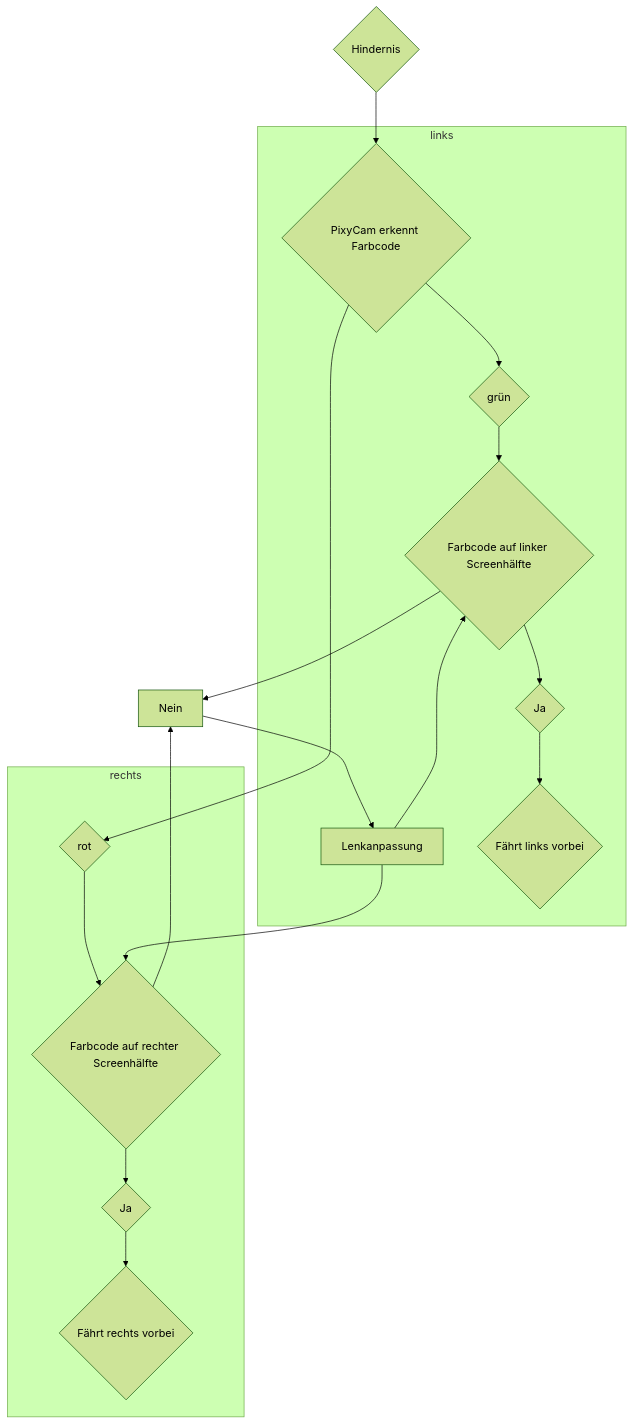
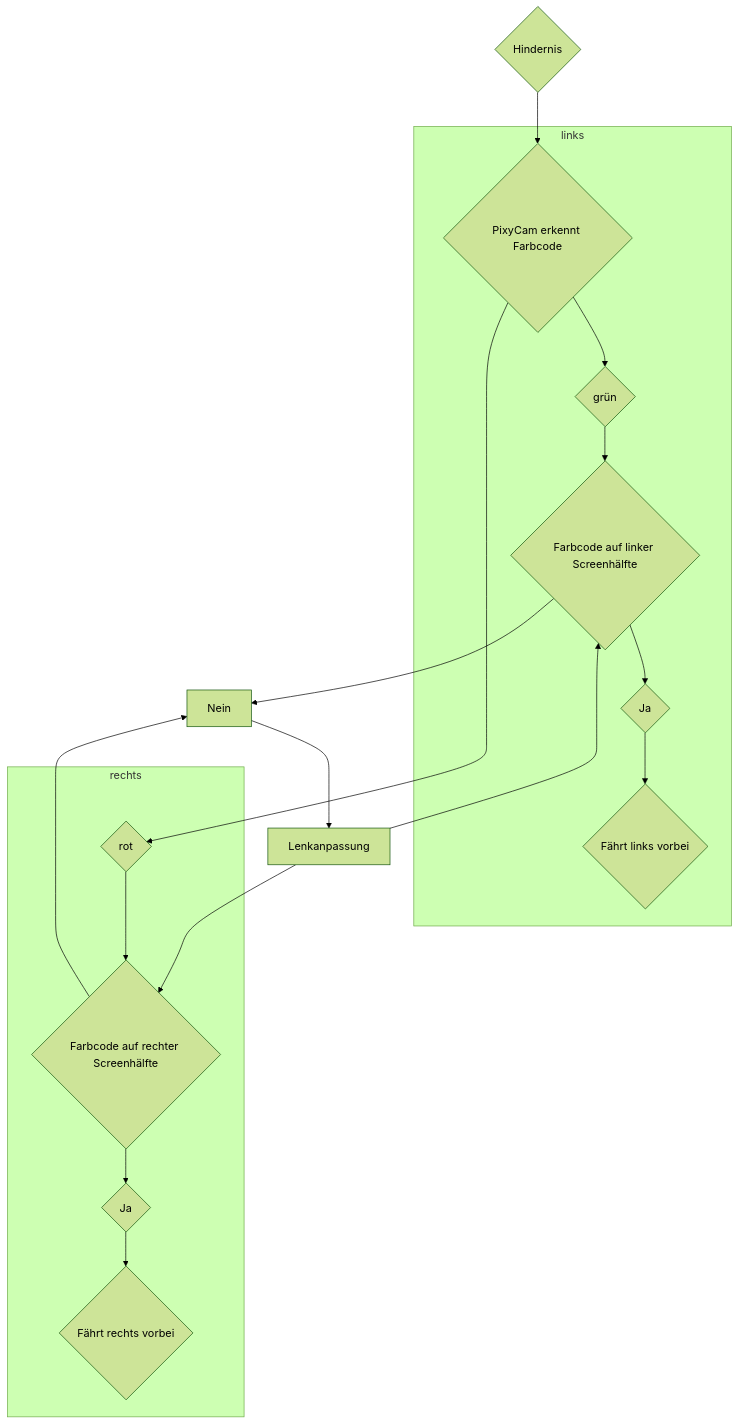
The diagram in Programme/Hindernisrennen/README.md (SchroedingersBit/PfortGTPanama), drawn with Mermaid (forest theme) before and after one commit.

````diff
--- a/Programme/Hindernisrennen/README.md
+++ b/Programme/Hindernisrennen/README.md
@@ -4,23 +4,24 @@
 ```mermaid
 graph TB;
 A{Hindernis} -->B{PixyCam erkennt Farbcode};
 C1 --> Nein;
 Nein --> Lenkanpassung;
 C2 --> Nein; 
-
+Lenkanpassung-->C1;
+Lenkanpassung -->C2;
 subgraph links
 B-->E{grün}-->C1{Farbcode auf linker Screenhälfte};
 
-Lenkanpassung-->C1;
+
 C1-->J1{Ja};
 J1-->R{Fährt links vorbei};
 end
 
 subgraph rechts
 B-->C{rot}-->C2{Farbcode auf rechter Screenhälfte};
 
-Lenkanpassung -->C2;
+
 C2-->J2{Ja};
 J2-->L{Fährt rechts vorbei};
 end
 ```
````
